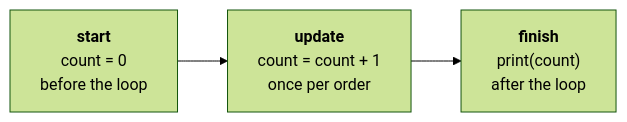
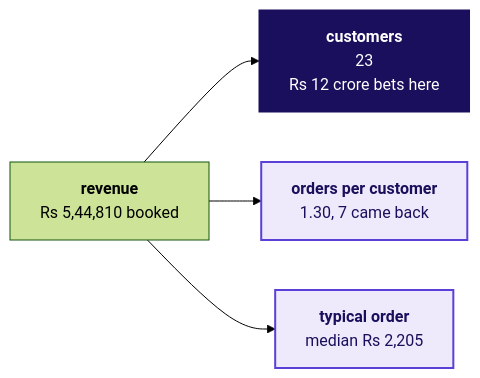
Diagram 15 of 15 in content/W01/D1/slides/C2_W01_D01_half1_STUDENT.md (fde-academy-lab/c2-content-factory), drawn with Mermaid (forest theme) before and after one commit. The commit also changed other lines of this file and 28 other files, not shown here.

````diff
--- a/content/W01/D1/slides/C2_W01_D01_half1_STUDENT.md
+++ b/content/W01/D1/slides/C2_W01_D01_half1_STUDENT.md
@@ -534,4 +1047,10 @@
 ```mermaid
 flowchart LR
-    S["<b>start</b><br/>count = 0<br/>before the loop"] --> U["<b>update</b><br/>count = count + 1<br/>once per order"] --> F["<b>finish</b><br/>print(count)<br/>after the loop"]
+    R["<b>revenue</b><br/>Rs 5,44,810 booked"] --> C["<b>customers</b><br/>23<br/>Rs 12 crore bets here"]
+    R --> F["<b>orders per customer</b><br/>1.30, 7 came back"]
+    R --> A["<b>typical order</b><br/>median Rs 2,205"]
+    classDef known fill:#EEEAFB,stroke:#5B3FD6,color:#1A0F5C,stroke-width:2px
+    classDef bet fill:#1A0F5C,stroke:#1A0F5C,color:#FFFFFF
+    class F,A known
+    class C bet
 ```
````
